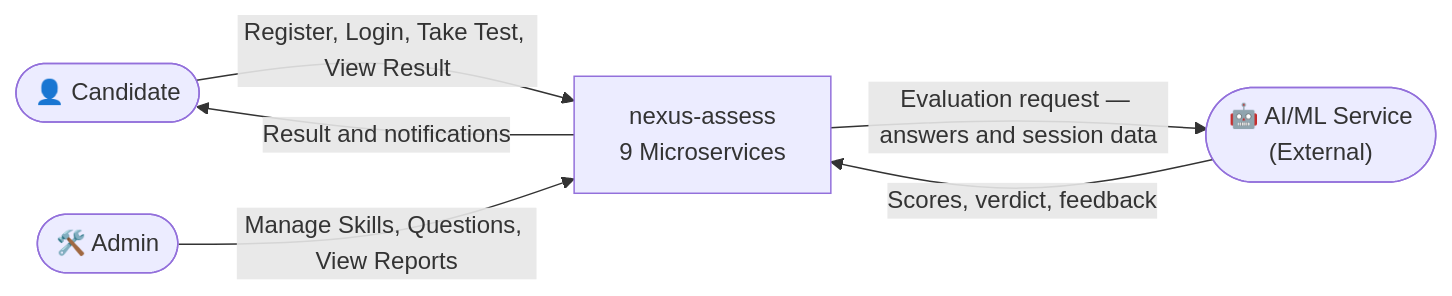
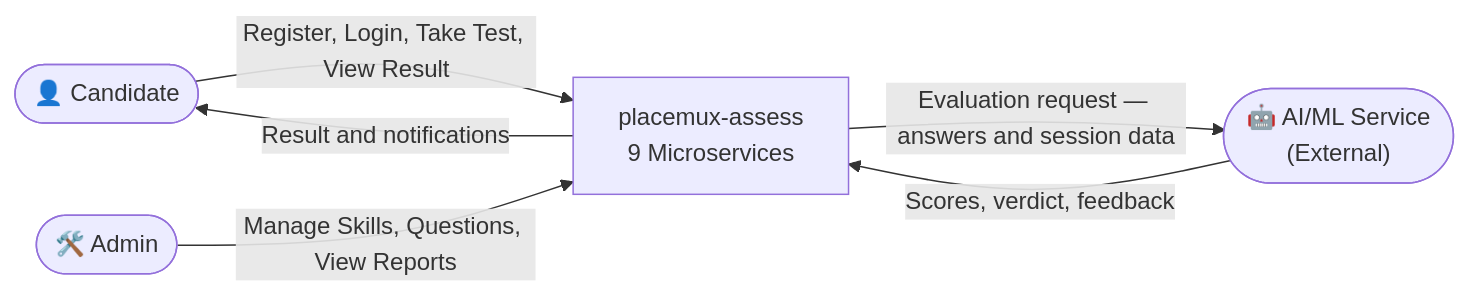
One commit to mishrabhi/placemux-assess changed the first of 4 diagrams in docs/DATA_FLOW.md. Above: the diagram before and after it, drawn with Mermaid. The commit also changed 2 other files, not shown here.

Commit message:
updated project name in docs

````diff
--- a/docs/DATA_FLOW.md
+++ b/docs/DATA_FLOW.md
@@ -8,13 +8,13 @@
 ```mermaid
 flowchart LR
     Candidate(["👤 Candidate"])
     Admin(["🛠️ Admin"])
     AIML(["🤖 AI/ML Service\n(External)"])
-    Platform["nexus-assess\n9 Microservices"]
+    Platform["placemux-assess\n9 Microservices"]
 
     Candidate -->|"Register, Login, Take Test, View Result"| Platform
     Admin -->|"Manage Skills, Questions, View Reports"| Platform
     Platform -->|"Evaluation request — answers and session data"| AIML
     AIML -->|"Scores, verdict, feedback"| Platform
     Platform -->|"Result and notifications"| Candidate
 ```
````
